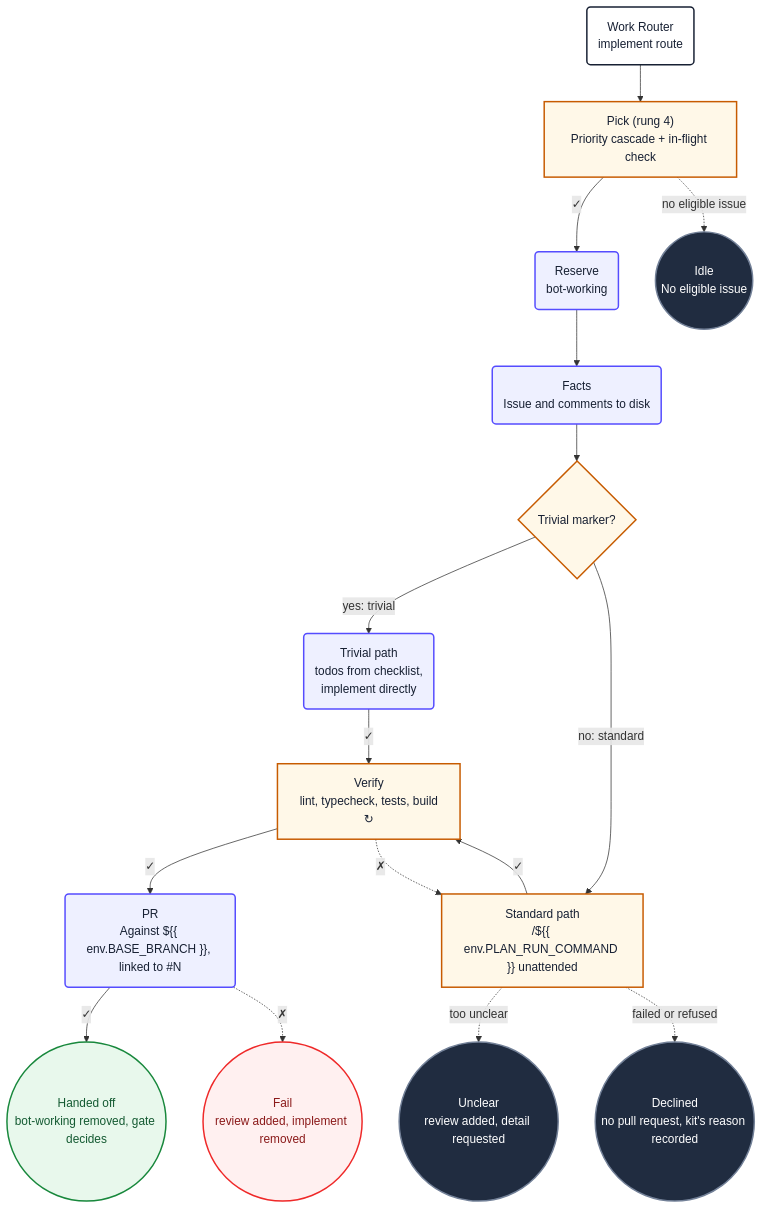
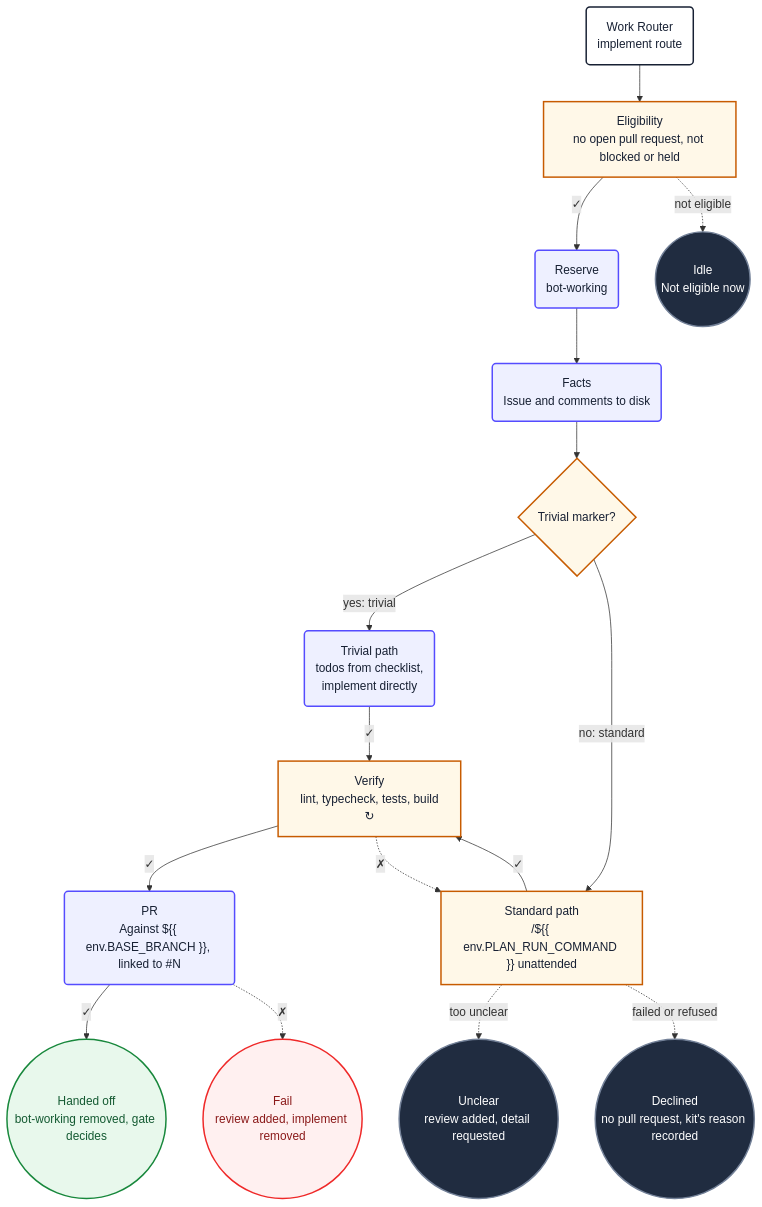
The diagram in .github/workflows/agent-implement.md (PersonalCorpAcc/agentic-loop-chain), drawn with Mermaid before and after one commit. The commit also changed other lines of this file and 4 other files, not shown here.

````diff
--- a/.github/workflows/agent-implement.md
+++ b/.github/workflows/agent-implement.md
@@ -1029,37 +1007,37 @@
 ```mermaid
 flowchart TD
     implStart("Work Router<br/>implement route") --> implPick
-    implPick["Pick (rung 4)<br/>Priority cascade + in-flight check"] -->|✓| implReserve
-    implPick -.->|no eligible issue| implIdle
+    implPick["Eligibility<br/>no open pull request, not blocked or held"] -->|✓| implReserve
+    implPick -.->|not eligible| implIdle
     implReserve("Reserve<br/>bot-working") --> implFacts
     implFacts("Facts<br/>Issue and comments to disk") --> implCheck
     implCheck{"Trivial marker?"}
     implCheck -->|yes: trivial| implTodos
     implCheck -->|no: standard| implCode
     implTodos("Trivial path<br/>todos from checklist,<br/>implement directly") -->|✓| implVerify
     implCode["Standard path<br/>/${{ env.PLAN_RUN_COMMAND }} unattended"] -->|✓| implVerify
     implCode -.->|too unclear| implUnclear
     implCode -.->|failed or refused| implDeclined
     implVerify["Verify<br/>lint, typecheck, tests, build<br/>↻"] -->|✓| implPr
     implVerify -.->|✗| implCode
     implPr("PR<br/>Against ${{ env.BASE_BRANCH }}, linked to #N") -->|✓| implHandoff
     implPr -.->|✗| implFail
     implHandoff(("Handed off<br/>bot-working removed, gate decides"))
     implUnclear(("Unclear<br/>review added, detail requested"))
     implDeclined(("Declined<br/>no pull request, kit's reason recorded"))
-    implIdle(("Idle<br/>No eligible issue"))
+    implIdle(("Idle<br/>Not eligible now"))
     implFail(("Fail<br/>review added, implement removed"))
 
     classDef start fill:#ffffff,stroke:#172033,stroke-width:2px,color:#172033
     classDef action fill:#eef0ff,stroke:#554cff,stroke-width:2px,color:#172033
     classDef decision fill:#fff8e8,stroke:#c75b00,stroke-width:2px,color:#172033
     classDef idle fill:#202c40,stroke:#738198,stroke-width:2px,color:#ffffff
     classDef failure fill:#fff0f0,stroke:#ef2929,stroke-width:2px,color:#8b1a1a
     classDef success fill:#e8f8ec,stroke:#18883c,stroke-width:2px,color:#145a32
     class implStart start
     class implReserve,implFacts,implTodos,implPr action
     class implPick,implCode,implVerify,implCheck decision
     class implIdle,implUnclear,implDeclined idle
     class implFail failure
     class implHandoff success
 ```
````
